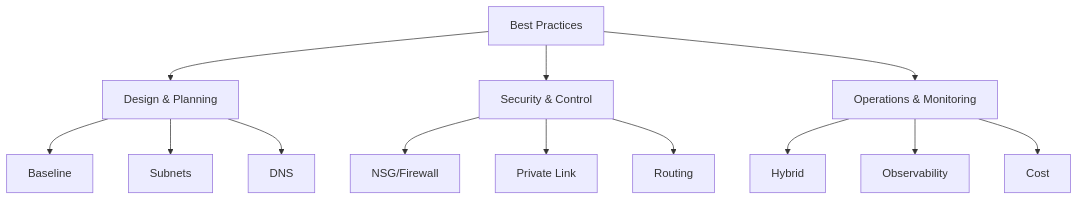
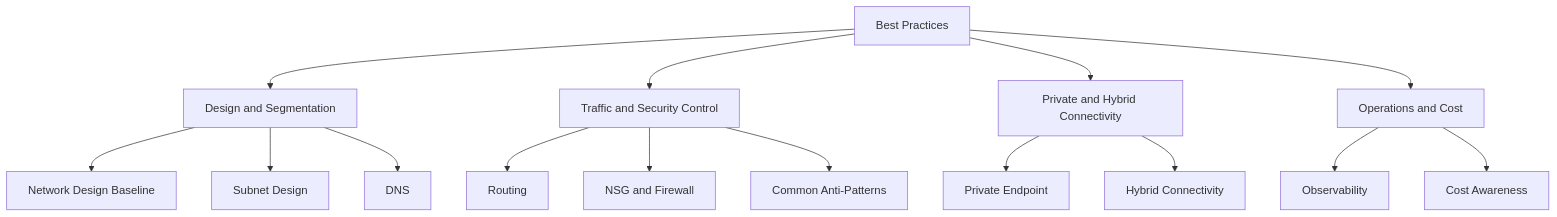
One commit to yeongseon/azure-networking-practical-guide changed the diagram in docs/best-practices/index.md. Above: the diagram before and after it, drawn with Mermaid. The commit also changed other lines of this file and 26 other files, not shown here.

First line of the commit message:
docs: expand best practices, add playbooks and lab guides

````diff
--- a/docs/best-practices/index.md
+++ b/docs/best-practices/index.md
@@ -19,15 +13,17 @@
 ```mermaid
-graph TD
-    A[Best Practices] --> B[Design & Planning]
-    A --> C[Security & Control]
-    A --> D[Operations & Monitoring]
-    B --> B1[Baseline]
-    B --> B2[Subnets]
+flowchart TD
+    A[Best Practices] --> B[Design and Segmentation]
+    A --> C[Traffic and Security Control]
+    A --> D[Private and Hybrid Connectivity]
+    A --> E[Operations and Cost]
+    B --> B1[Network Design Baseline]
+    B --> B2[Subnet Design]
     B --> B3[DNS]
-    C --> C1[NSG/Firewall]
-    C --> C2[Private Link]
-    C --> C3[Routing]
-    D --> D1[Hybrid]
-    D --> D2[Observability]
-    D --> D3[Cost]
+    C --> C1[Routing]
+    C --> C2[NSG and Firewall]
+    C --> C3[Common Anti-Patterns]
+    D --> D1[Private Endpoint]
+    D --> D2[Hybrid Connectivity]
+    E --> E1[Observability]
+    E --> E2[Cost Awareness]
 ```
````
